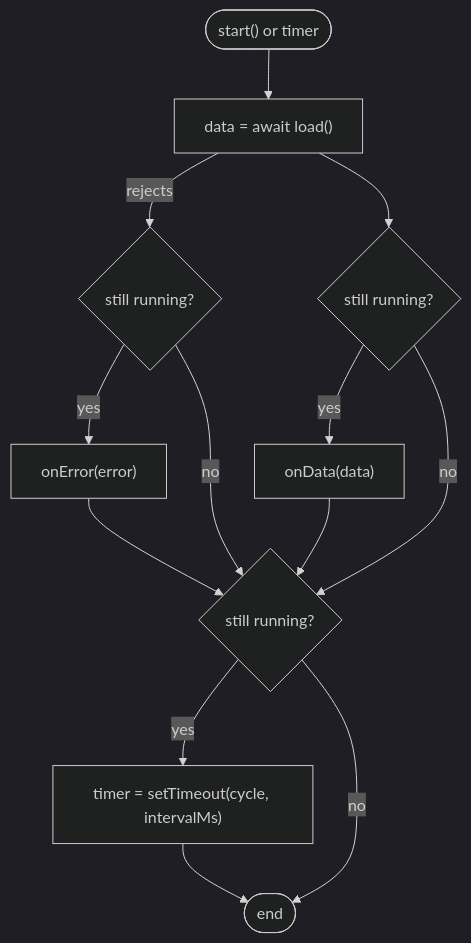
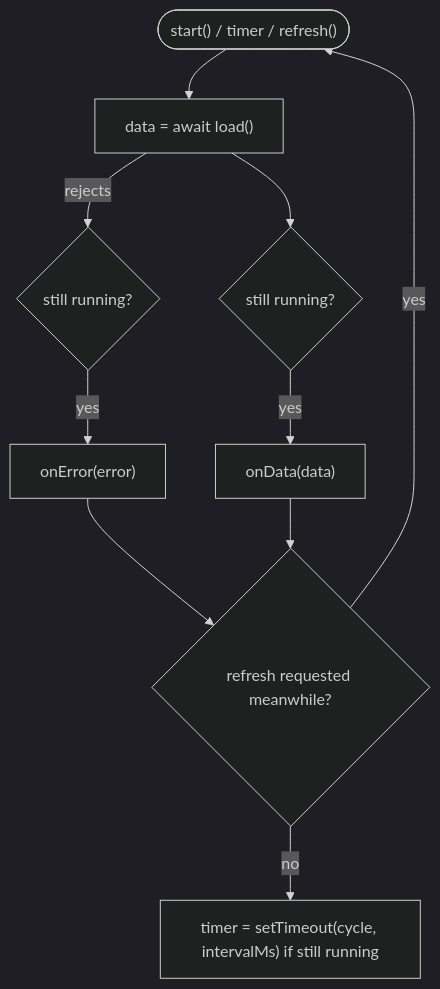
Before and after one commit to hoanglong1412/SystemLens: the second of 2 diagrams in docs/design/lld/LLD-05-live-performance-ui.md, drawn with Mermaid (dark theme). The commit also changed other lines of this file and 53 other files, not shown here.

````diff
--- a/docs/design/lld/LLD-05-live-performance-ui.md
+++ b/docs/design/lld/LLD-05-live-performance-ui.md
@@ -138,15 +102,12 @@
 ```mermaid
 flowchart TD
-    S(["start() or timer"]) --> L["data = await load()"]
-    L -- "rejects" --> R1{"still running?"}
-    R1 -- "yes" --> OE["onError(error)"]
-    L --> R2{"still running?"}
-    R2 -- "yes" --> OD["onData(data)"]
-    OE --> R3
-    OD --> R3
-    R1 -- "no" --> R3
-    R2 -- "no" --> R3{"still running?"}
-    R3 -- "yes" --> T["timer = setTimeout(cycle, intervalMs)"]
-    R3 -- "no" --> E(["end"])
-    T --> E
+    S(["start() / timer / refresh()"]) --> L["data = await load()"]
+    L -- "rejects" --> E1{"still running?"}
+    E1 -- "yes" --> OE["onError(error)"]
+    L --> E2{"still running?"}
+    E2 -- "yes" --> OD["onData(data)"]
+    OE --> N{"refresh requested meanwhile?"}
+    OD --> N
+    N -- "yes" --> S
+    N -- "no" --> T["timer = setTimeout(cycle, intervalMs) if still running"]
 ```
````
